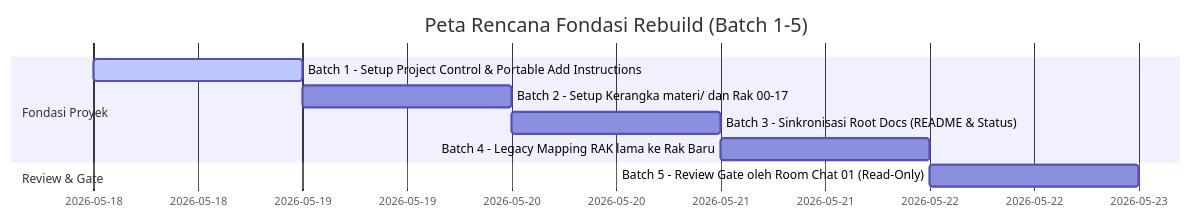
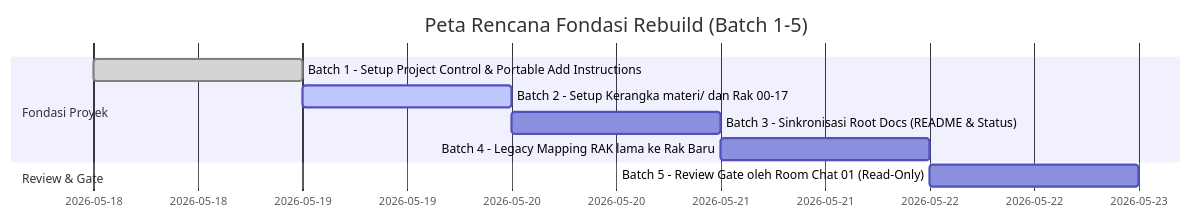
Before and after one commit to syahputrawork98-sketch/JavaScript-Learning-Hub: the diagram in docs/project/roadmap-active.md, drawn with Mermaid. The commit also changed other lines of this file and 19 other files, not shown here.

````diff
--- a/docs/project/roadmap-active.md
+++ b/docs/project/roadmap-active.md
@@ -9,12 +9,12 @@
 ```mermaid
 gantt
     title Peta Rencana Fondasi Rebuild (Batch 1-5)
     dateFormat  YYYY-MM-DD
     section Fondasi Proyek
-    Batch 1 - Setup Project Control & Portable Add Instructions :active, des1, 2026-05-18, 1d
-    Batch 2 - Setup Kerangka materi/ dan Rak 00-17              : des2, after des1, 1d
+    Batch 1 - Setup Project Control & Portable Add Instructions :done, des1, 2026-05-18, 1d
+    Batch 2 - Setup Kerangka materi/ dan Rak 00-17              :active, des2, after des1, 1d
     Batch 3 - Sinkronisasi Root Docs (README & Status)           : des3, after des2, 1d
     Batch 4 - Legacy Mapping RAK lama ke Rak Baru               : des4, after des3, 1d
     section Review & Gate
     Batch 5 - Review Gate oleh Room Chat 01 (Read-Only)          : des5, after des4, 1d
 ```
````
